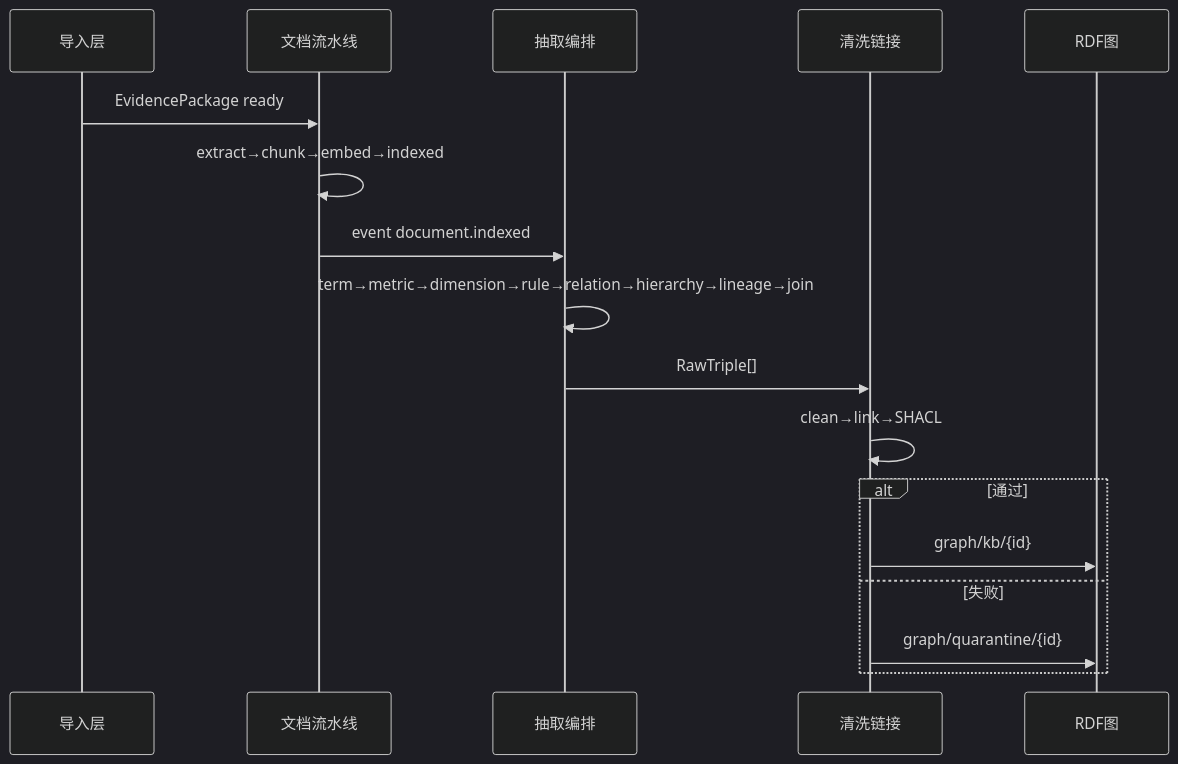
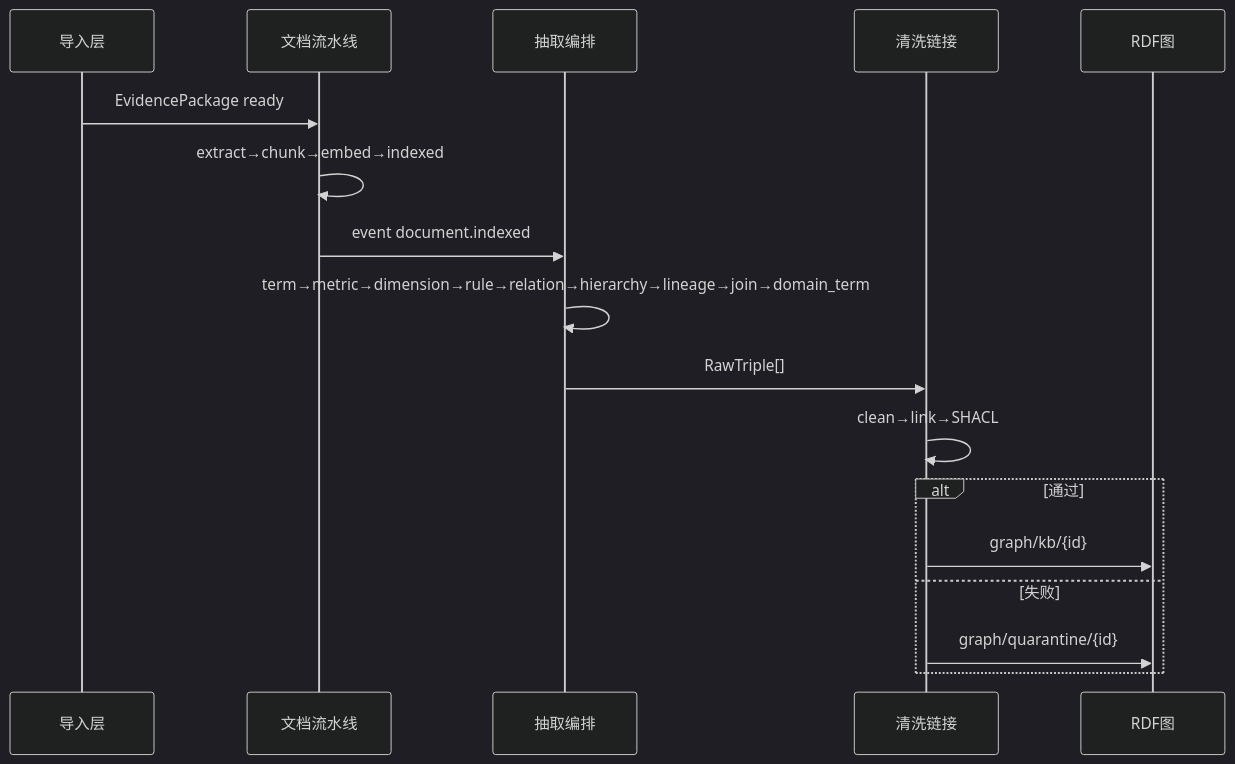
Before and after one commit to sure0000/DataLens: the third of 5 diagrams in docs/本体建模/本体三层架构与UI优化.md, drawn with Mermaid (dark theme). The commit also changed other lines of this file and 35 other files, not shown here.

````diff
--- a/docs/本体建模/本体三层架构与UI优化.md
+++ b/docs/本体建模/本体三层架构与UI优化.md
@@ -225,20 +225,20 @@
 ```mermaid
 sequenceDiagram
   participant I as 导入层
   participant P as 文档流水线
   participant E as 抽取编排
   participant C as 清洗链接
   participant G as RDF图
 
   I->>P: EvidencePackage ready
   P->>P: extract→chunk→embed→indexed
   P->>E: event document.indexed
-  E->>E: term→metric→dimension→rule→relation→hierarchy→lineage→join
+  E->>E: term→metric→dimension→rule→relation→hierarchy→lineage→join→domain_term
   E->>C: RawTriple[]
   C->>C: clean→link→SHACL
   alt 通过
     C->>G: graph/kb/{id}
   else 失败
     C->>G: graph/quarantine/{id}
   end
 ```
````
